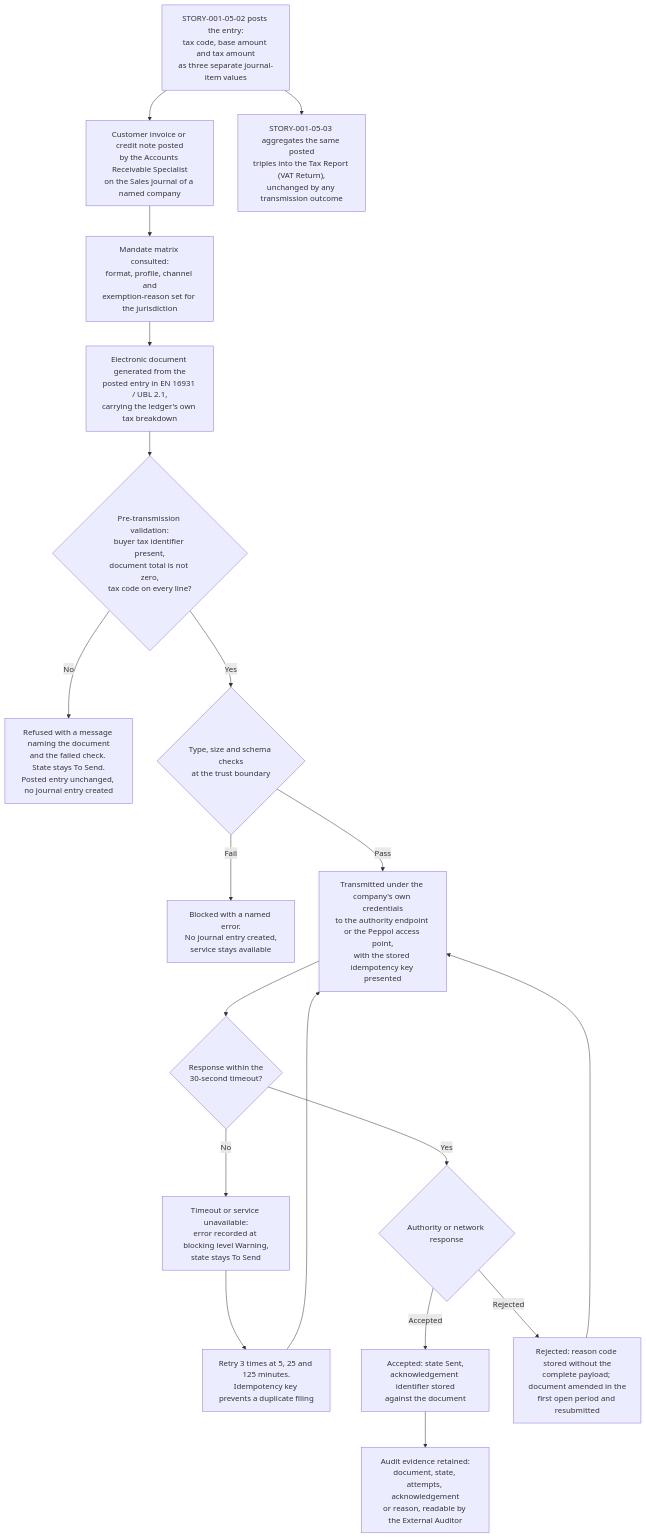
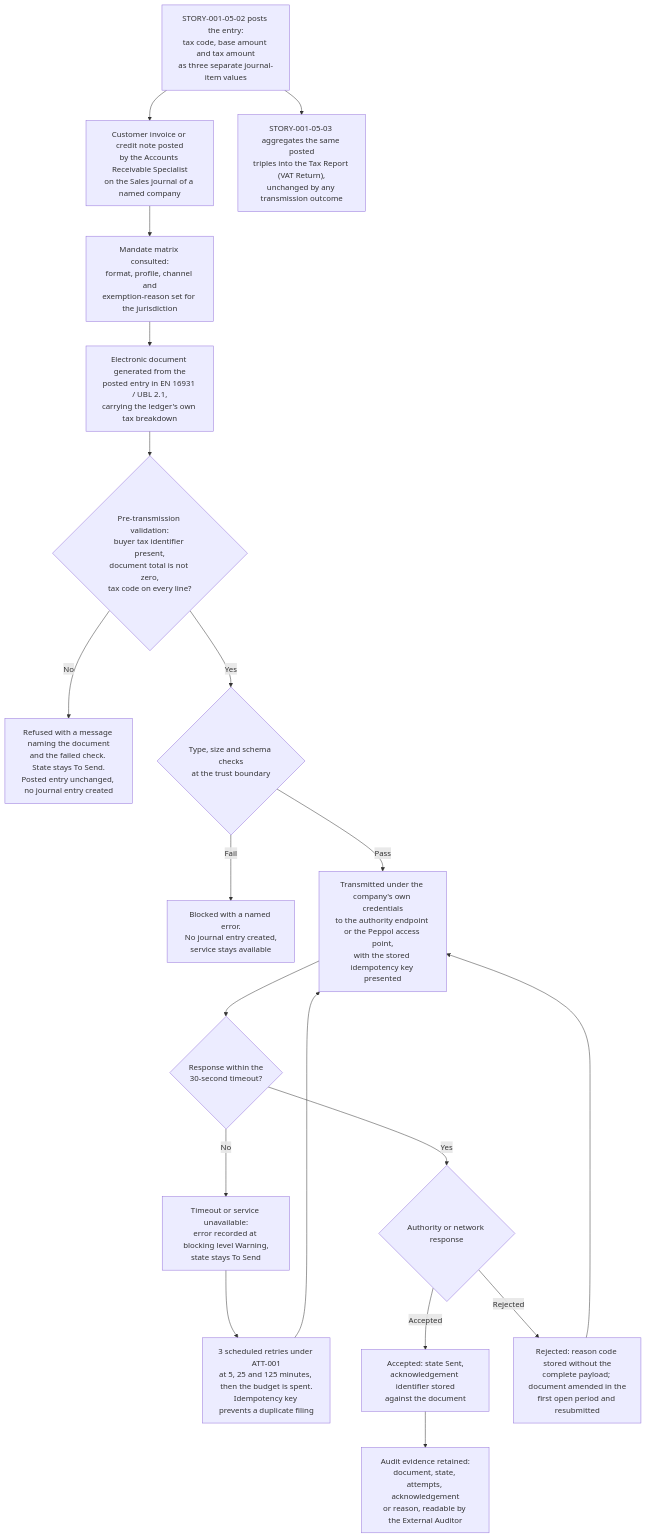
One commit to Blitzy-Sandbox/blitzy-odoo changed the first of 2 diagrams in tickets/EPIC-001/FEATURE-001-05/STORY-001-05-04-submit-einvoicing.md. Above: the diagram before and after it, drawn with Mermaid. The commit also changed other lines of this file and 51 other files, not shown here.

````diff
--- a/tickets/EPIC-001/FEATURE-001-05/STORY-001-05-04-submit-einvoicing.md
+++ b/tickets/EPIC-001/FEATURE-001-05/STORY-001-05-04-submit-einvoicing.md
@@ -417,39 +460,39 @@
 ```mermaid
 graph TD
     A["STORY-001-05-02 posts the entry:<br/>tax code, base amount and tax amount<br/>as three separate journal-item values"]
     B["Customer invoice or credit note posted<br/>by the Accounts Receivable Specialist<br/>on the Sales journal of a named company"]
     C["Mandate matrix consulted:<br/>format, profile, channel and<br/>exemption-reason set for the jurisdiction"]
     D["Electronic document generated from the<br/>posted entry in EN 16931 / UBL 2.1,<br/>carrying the ledger's own tax breakdown"]
     E{"Pre-transmission validation:<br/>buyer tax identifier present,<br/>document total is not zero,<br/>tax code on every line?"}
     F["Refused with a message naming the document<br/>and the failed check. State stays To Send.<br/>Posted entry unchanged, no journal entry created"]
     G{"Type, size and schema checks<br/>at the trust boundary"}
     H["Blocked with a named error.<br/>No journal entry created,<br/>service stays available"]
     I["Transmitted under the company's own credentials<br/>to the authority endpoint or the Peppol access point,<br/>with the stored idempotency key presented"]
     J{"Response within the<br/>30-second timeout?"}
     K["Timeout or service unavailable:<br/>error recorded at blocking level Warning,<br/>state stays To Send"]
-    L["Retry 3 times at 5, 25 and 125 minutes.<br/>Idempotency key prevents a duplicate filing"]
+    L["3 scheduled retries under ATT-001<br/>at 5, 25 and 125 minutes, then the budget is spent.<br/>Idempotency key prevents a duplicate filing"]
     M{"Authority or network response"}
     N["Accepted: state Sent,<br/>acknowledgement identifier stored<br/>against the document"]
     O["Rejected: reason code stored without the<br/>complete payload; document amended in the<br/>first open period and resubmitted"]
     P["Audit evidence retained:<br/>document, state, attempts, acknowledgement<br/>or reason, readable by the External Auditor"]
     Q["STORY-001-05-03 aggregates the same posted<br/>triples into the Tax Report (VAT Return),<br/>unchanged by any transmission outcome"]
 
     A --> B
     B --> C
     C --> D
     D --> E
     E -- No --> F
     E -- Yes --> G
     G -- Fail --> H
     G -- Pass --> I
     I --> J
     J -- No --> K
     K --> L
     L --> I
     J -- Yes --> M
     M -->|Accepted| N
     M -->|Rejected| O
     O --> I
     N --> P
     A --> Q
 ```
````
